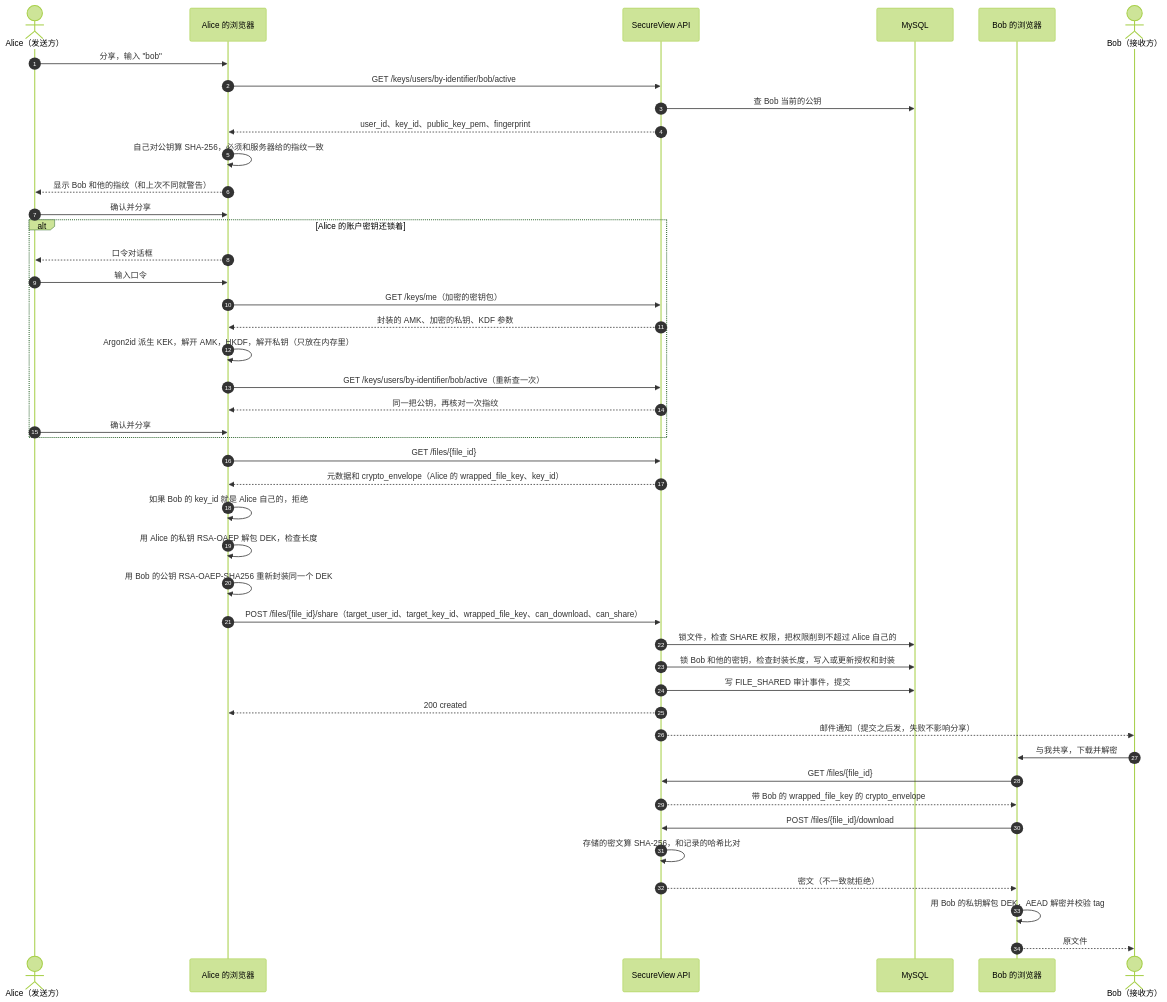
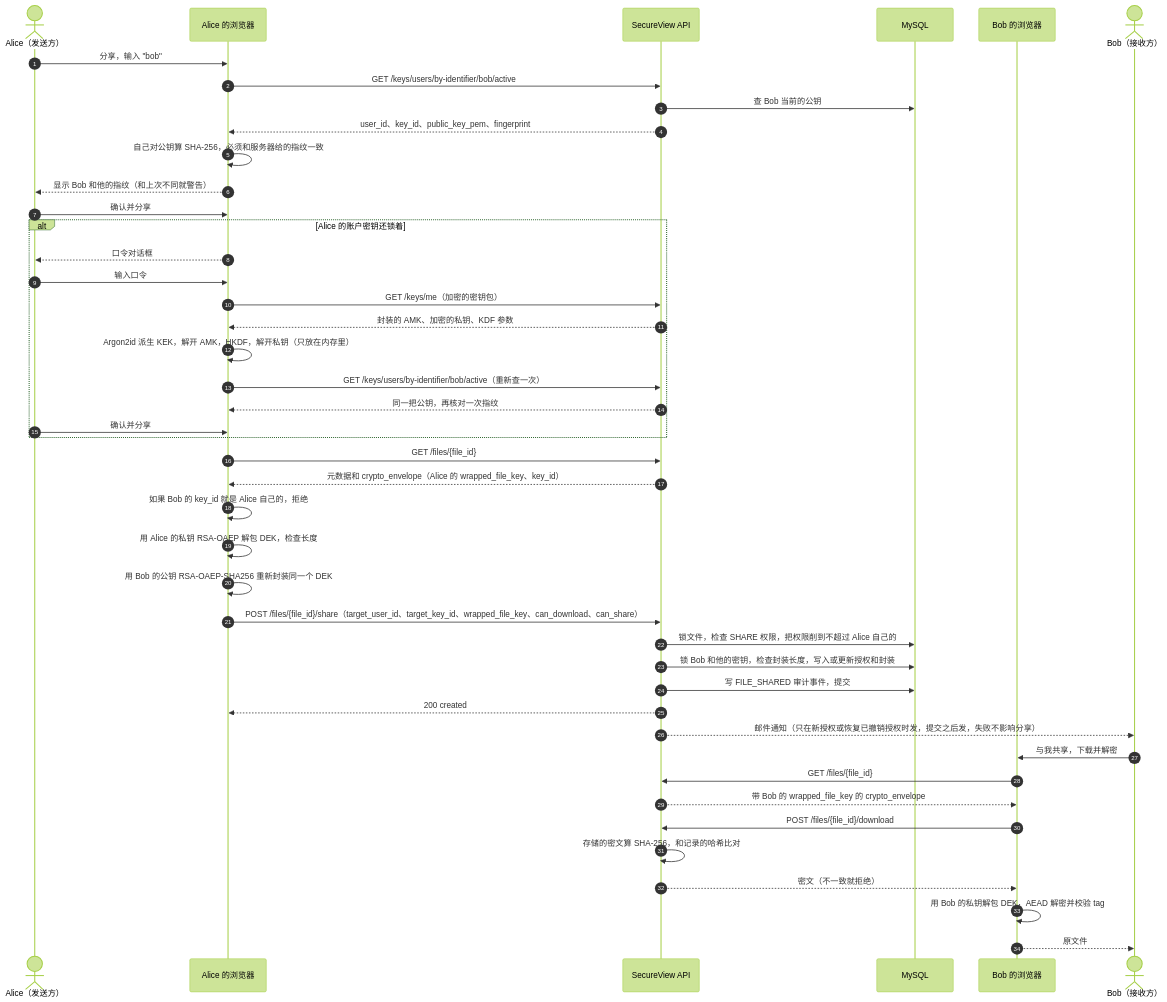
One commit to jsonrar/fyp-secure-file-platform changed the diagram in docs/SECURITY_FLOWS.zh-CN.md. Above: the diagram before and after it, drawn with Mermaid (forest theme). The commit also changed 40 other files, not shown here.

````diff
--- a/docs/SECURITY_FLOWS.zh-CN.md
+++ b/docs/SECURITY_FLOWS.zh-CN.md
@@ -277,47 +277,47 @@
 ```mermaid
 sequenceDiagram
     autonumber
     actor A as Alice（发送方）
     participant AB as Alice 的浏览器
     participant API as SecureView API
     participant DB as MySQL
     participant BB as Bob 的浏览器
     actor B as Bob（接收方）
 
     A->>AB: 分享，输入 "bob"
     AB->>API: GET /keys/users/by-identifier/bob/active
     API->>DB: 查 Bob 当前的公钥
     API-->>AB: user_id、key_id、public_key_pem、fingerprint
     AB->>AB: 自己对公钥算 SHA-256，必须和服务器给的指纹一致
     AB-->>A: 显示 Bob 和他的指纹（和上次不同就警告）
     A->>AB: 确认并分享
     alt Alice 的账户密钥还锁着
         AB-->>A: 口令对话框
         A->>AB: 输入口令
         AB->>API: GET /keys/me（加密的密钥包）
         API-->>AB: 封装的 AMK、加密的私钥、KDF 参数
         AB->>AB: Argon2id 派生 KEK，解开 AMK，HKDF，解开私钥（只放在内存里）
         AB->>API: GET /keys/users/by-identifier/bob/active（重新查一次）
         API-->>AB: 同一把公钥，再核对一次指纹
         A->>AB: 确认并分享
     end
     AB->>API: GET /files/{file_id}
     API-->>AB: 元数据和 crypto_envelope（Alice 的 wrapped_file_key、key_id）
     AB->>AB: 如果 Bob 的 key_id 就是 Alice 自己的，拒绝
     AB->>AB: 用 Alice 的私钥 RSA-OAEP 解包 DEK，检查长度
     AB->>AB: 用 Bob 的公钥 RSA-OAEP-SHA256 重新封装同一个 DEK
     AB->>API: POST /files/{file_id}/share（target_user_id、target_key_id、wrapped_file_key、can_download、can_share）
     API->>DB: 锁文件，检查 SHARE 权限，把权限削到不超过 Alice 自己的
     API->>DB: 锁 Bob 和他的密钥，检查封装长度，写入或更新授权和封装
     API->>DB: 写 FILE_SHARED 审计事件，提交
     API-->>AB: 200 created
-    API-->>B: 邮件通知（提交之后发，失败不影响分享）
+    API-->>B: 邮件通知（只在新授权或恢复已撤销授权时发，提交之后发，失败不影响分享）
     B->>BB: 与我共享，下载并解密
     BB->>API: GET /files/{file_id}
     API-->>BB: 带 Bob 的 wrapped_file_key 的 crypto_envelope
     BB->>API: POST /files/{file_id}/download
     API->>API: 存储的密文算 SHA-256，和记录的哈希比对
     API-->>BB: 密文（不一致就拒绝）
     BB->>BB: 用 Bob 的私钥解包 DEK，AEAD 解密并校验 tag
     BB-->>B: 原文件
 ```
````
